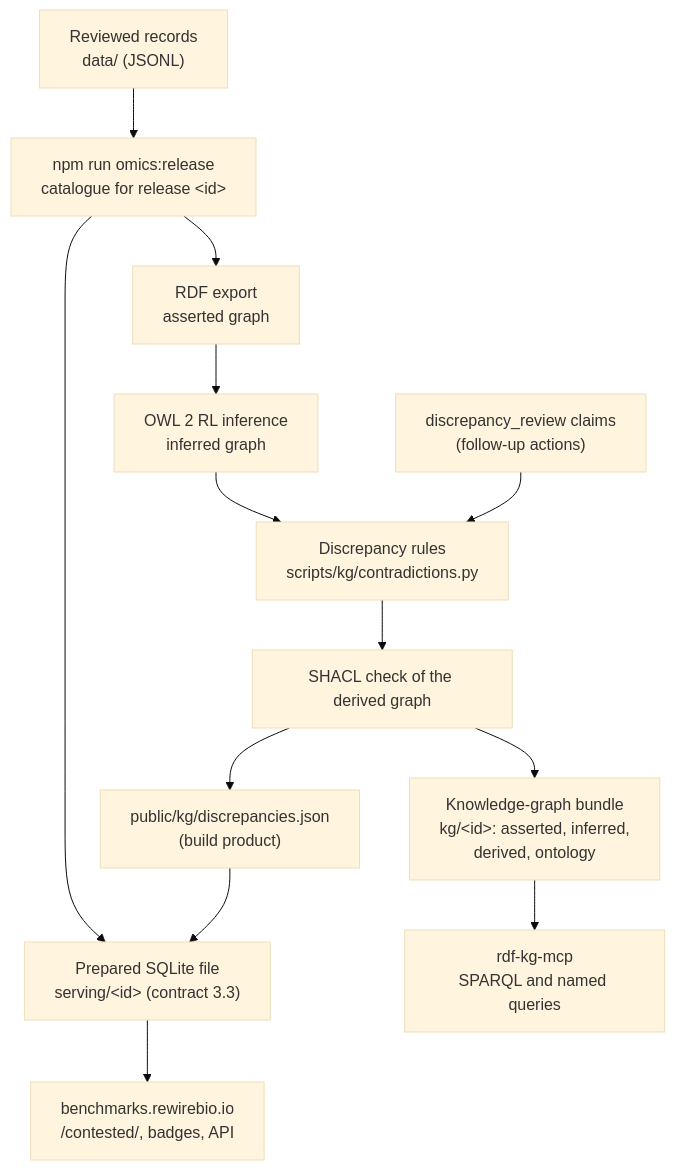
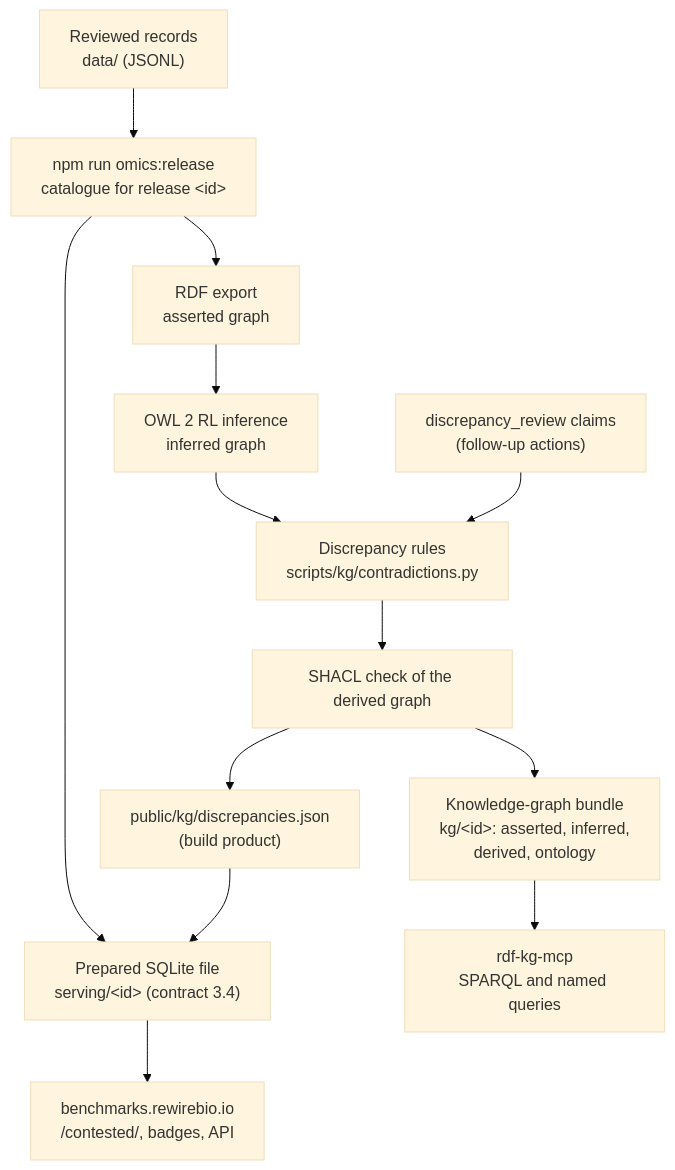
The first of 3 diagrams in docs/discrepancies.md (rewire-bio/rewire-benchmark-data), drawn with Mermaid (base theme) before and after one commit. The commit also changed other lines of this file and 4 other files, not shown here.

````diff
--- a/docs/discrepancies.md
+++ b/docs/discrepancies.md
@@ -13,15 +13,15 @@
 ```mermaid
 flowchart TD
   records["Reviewed records<br/>data/ (JSONL)"] --> release["npm run omics:release<br/>catalogue for release &lt;id&gt;"]
   release --> export["RDF export<br/>asserted graph"]
   export --> infer["OWL 2 RL inference<br/>inferred graph"]
   infer --> rules["Discrepancy rules<br/>scripts/kg/contradictions.py"]
   reviews["discrepancy_review claims<br/>(follow-up actions)"] --> rules
   rules --> shacl["SHACL check of the derived graph"]
   shacl --> bundle["Knowledge-graph bundle<br/>kg/&lt;id&gt;: asserted, inferred,<br/>derived, ontology"]
   shacl --> json["public/kg/discrepancies.json<br/>(build product)"]
   release --> serving
-  json --> serving["Prepared SQLite file<br/>serving/&lt;id&gt; (contract 3.3)"]
+  json --> serving["Prepared SQLite file<br/>serving/&lt;id&gt; (contract 3.4)"]
   serving --> site["benchmarks.rewirebio.io<br/>/contested/, badges, API"]
   bundle --> mcp["rdf-kg-mcp<br/>SPARQL and named queries"]
 ```
````
